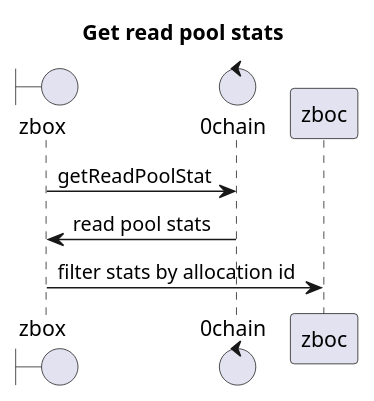
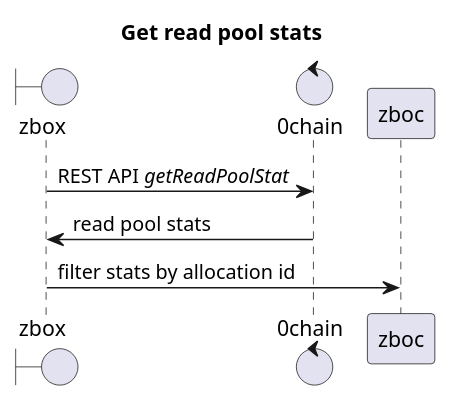
Before and after one commit to 0chain/zboxcli: the eighth of 10 diagrams in documents/uml2.md, drawn with PlantUML. The commit also changed other lines of this file and 3 other files, not shown here.

````diff
--- a/documents/uml2.md
+++ b/documents/uml2.md
@@ -1,8 +105,8 @@
 ```puml
 title Get read pool stats
 boundary zbox 
 control 0chain
-zbox -> 0chain : getReadPoolStat
+zbox -> 0chain : REST API //getReadPoolStat//
 0chain -> zbox : read pool stats
 zbox -> zboc : filter stats by allocation id
 ```
````
